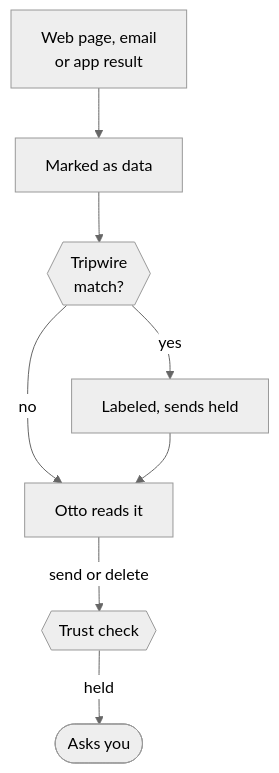
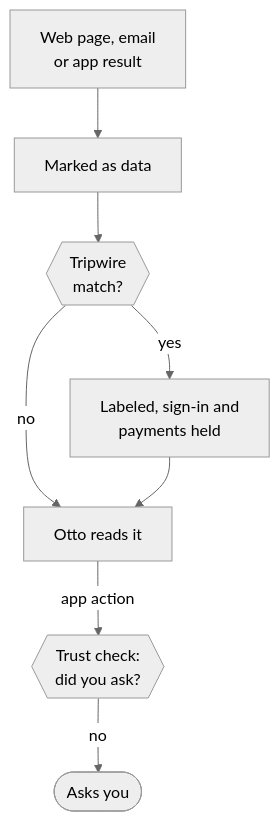
One commit to KrishBhimani/nod changed the diagram in docs/src/content/docs/trust/untrusted-content.md. Above: the diagram before and after it, drawn with Mermaid (neutral theme). The commit also changed other lines of this file and 19 other files, not shown here.

Commit message:
feat(trust): one checker model decides every app action (#237)

````diff
--- a/docs/src/content/docs/trust/untrusted-content.md
+++ b/docs/src/content/docs/trust/untrusted-content.md
@@ -42,10 +41,10 @@
 ```mermaid
 flowchart TD
   source[Web page, email<br/>or app result] --> wrap[Marked as data]
   wrap --> trip{{Tripwire<br/>match?}}
   trip -- no --> model[Otto reads it]
-  trip -- yes --> flag[Labeled, sends held]:::stop
+  trip -- yes --> flag[Labeled, sign-in and<br/>payments held]:::stop
   flag --> model
-  model -- send or delete --> check{{Trust check}}:::accent
-  check -- held --> you([Asks you]):::accent
+  model -- app action --> check{{Trust check:<br/>did you ask?}}:::accent
+  check -- no --> you([Asks you]):::accent
 ```
````
